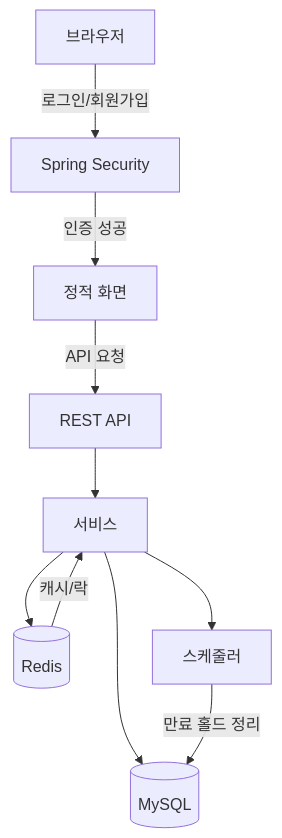
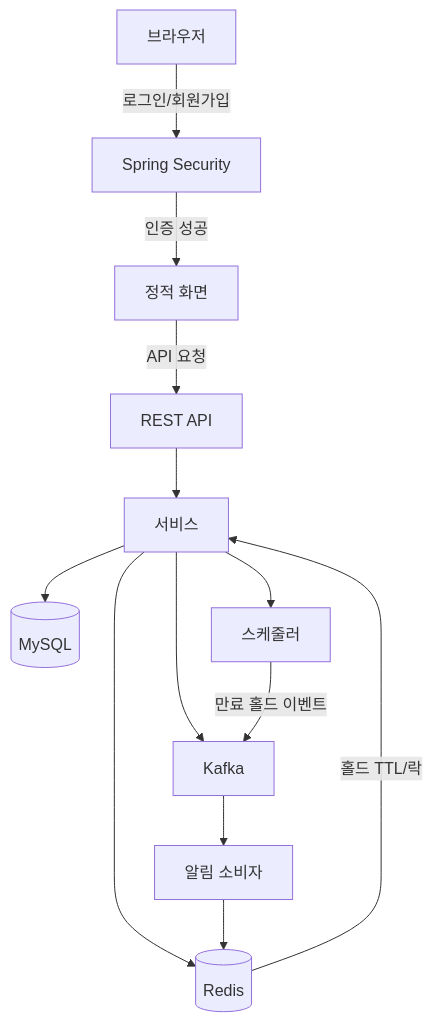
Before and after one commit to kiy3035/Ticketing: the first of 3 diagrams in README.md, drawn with Mermaid. The commit also changed other lines of this file and 45 other files, not shown here.

````diff
--- a/README.md
+++ b/README.md
@@ -7,12 +7,15 @@
 ```mermaid
 flowchart TD
     A[브라우저] -->|로그인/회원가입| B[Spring Security]
     B -->|인증 성공| C[정적 화면]
     C -->|API 요청| D[REST API]
     D --> E[서비스]
     E --> F[(MySQL)]
     E --> G[(Redis)]
-    G -->|캐시/락| E
+    G -->|홀드 TTL/락| E
     E --> H[스케줄러]
-    H -->|만료 홀드 정리| F
+    E --> K[Kafka]
+    K --> N[알림 소비자]
+    N --> G
+    H -->|만료 홀드 이벤트| K
 ```
````
